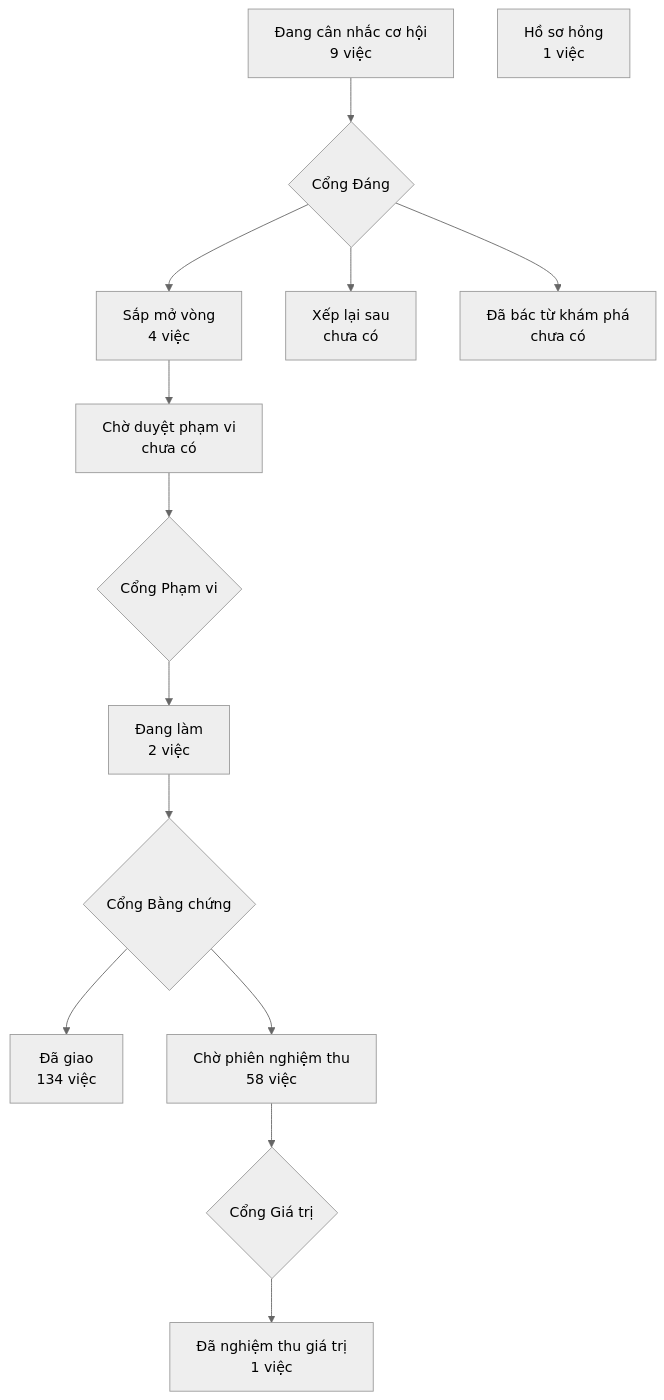
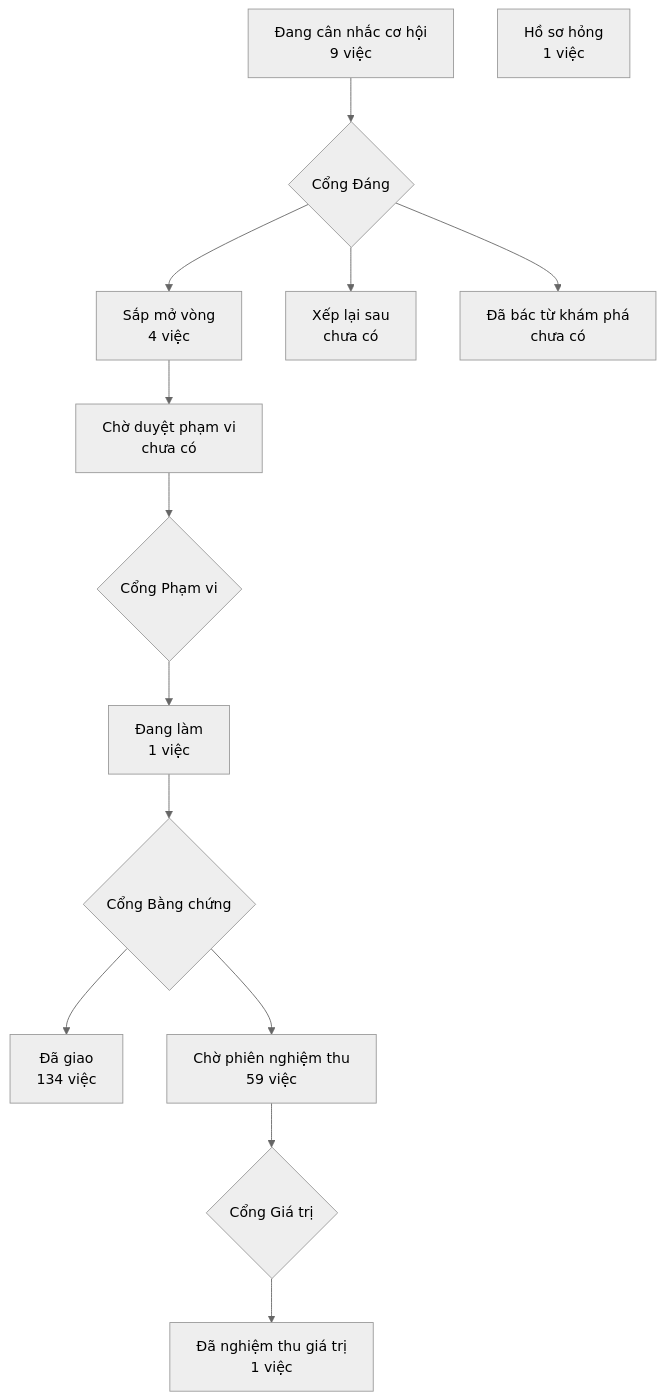
The diagram in PRODUCT-MAP.md (phanlemanh/crm-onehub), drawn with Mermaid (neutral theme) before and after one commit. The commit also changed 4 other files, not shown here.

````diff
--- a/PRODUCT-MAP.md
+++ b/PRODUCT-MAP.md
@@ -7,13 +7,13 @@
 ```mermaid
 flowchart TD
   A["Đang cân nhắc cơ hội<br/>9 việc"] --> GD{"Cổng Đáng"}
   GD --> B["Sắp mở vòng<br/>4 việc"]
   GD --> XL["Xếp lại sau<br/>chưa có"]
   GD --> DB["Đã bác từ khám phá<br/>chưa có"]
   B --> CD["Chờ duyệt phạm vi<br/>chưa có"] --> GP{"Cổng Phạm vi"}
-  GP --> DL["Đang làm<br/>2 việc"] --> GB{"Cổng Bằng chứng"}
+  GP --> DL["Đang làm<br/>1 việc"] --> GB{"Cổng Bằng chứng"}
   GB --> DG["Đã giao<br/>134 việc"]
-  GB --> CN["Chờ phiên nghiệm thu<br/>58 việc"] --> GG{"Cổng Giá trị"}
+  GB --> CN["Chờ phiên nghiệm thu<br/>59 việc"] --> GG{"Cổng Giá trị"}
   GG --> NT["Đã nghiệm thu giá trị<br/>1 việc"]
   HS["Hồ sơ hỏng<br/>1 việc"]
 ```
````
